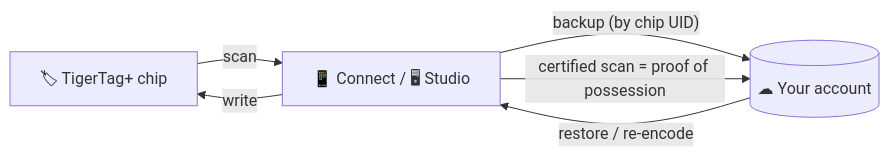
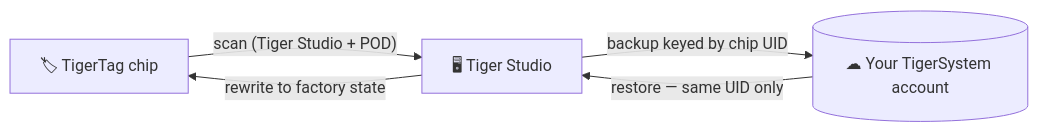
The diagram in docs/products/tigertag-plus.md (TigerTag-Project/TigerSystem-Docs), drawn with Mermaid before and after one commit. The commit also changed other lines of this file and 6 other files, not shown here.

Commit message:
Correct TigerTag+: backup via Tiger Studio + POD (mobile planned), factory-state restore valid on the original UID only — a safeguard, not cloning

````diff
--- a/docs/products/tigertag-plus.md
+++ b/docs/products/tigertag-plus.md
@@ -12,7 +19,6 @@
 ```mermaid
 flowchart LR
-    TAGP["🏷 TigerTag+ chip"] -- "scan" --> APP["📱 Connect / 🖥 Studio"]
-    APP -- "backup (by chip UID)" --> CLOUD[("☁ Your account")]
-    CLOUD -- "restore / re-encode" --> APP -- "write" --> TAGP
-    APP -- "certified scan = proof of possession" --> CLOUD
+    TAGP["🏷 TigerTag chip"] -- "scan (Tiger Studio + POD)" --> ST["🖥 Tiger Studio"]
+    ST -- "backup keyed by chip UID" --> FB[("☁ Your TigerSystem account")]
+    FB -- "restore — same UID only" --> ST -- "rewrite to factory state" --> TAGP
 ```
````
